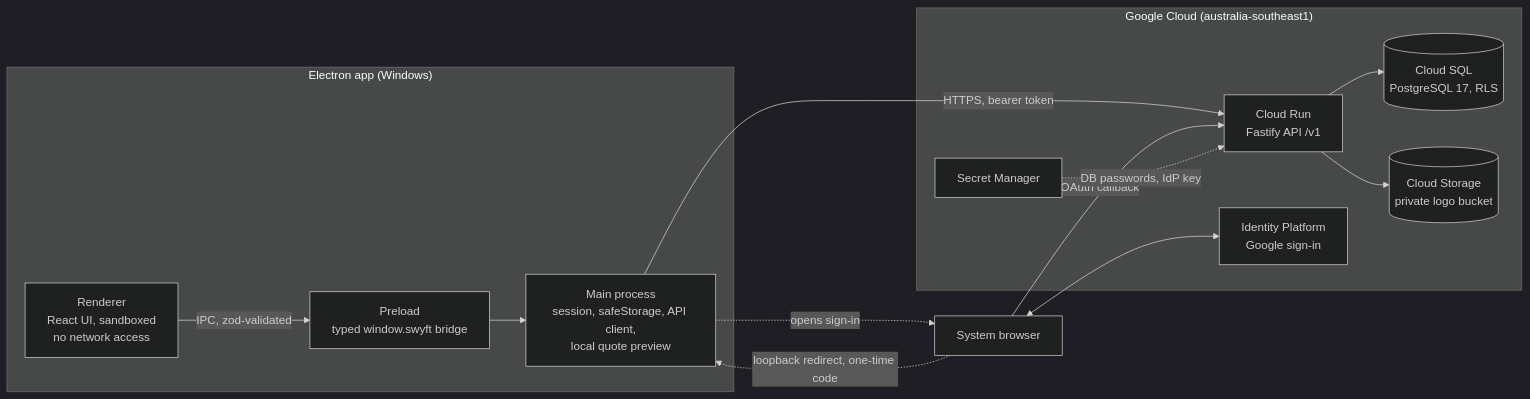
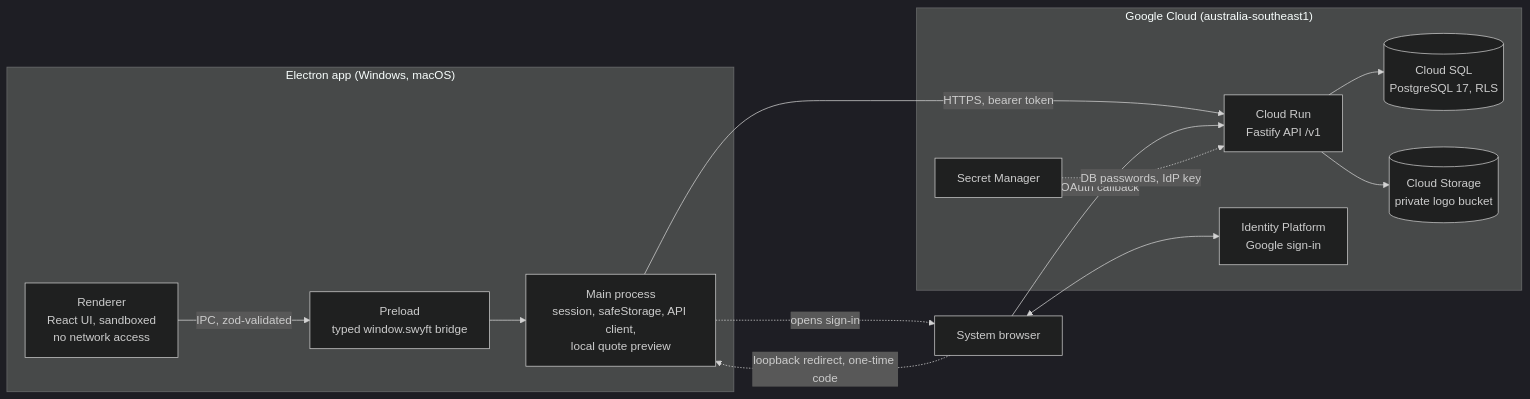
One commit to maharudraabhishek/swyft-loan-calculator changed the first of 3 diagrams in README.md. Above: the diagram before and after it, drawn with Mermaid (dark theme). The commit also changed other lines of this file and 4 other files, not shown here.

````diff
--- a/README.md
+++ b/README.md
@@ -11,25 +11,25 @@
 ```mermaid
 flowchart LR
-  subgraph Desktop["Electron app (Windows)"]
+  subgraph Desktop["Electron app (Windows, macOS)"]
     R["Renderer<br/>React UI, sandboxed<br/>no network access"]
     P["Preload<br/>typed window.swyft bridge"]
     M["Main process<br/>session, safeStorage, API client,<br/>local quote preview"]
     R -- "IPC, zod-validated" --> P --> M
   end
   B["System browser"]
   subgraph GCP["Google Cloud (australia-southeast1)"]
     API["Cloud Run<br/>Fastify API /v1"]
     SQL[("Cloud SQL<br/>PostgreSQL 17, RLS")]
     GCS[("Cloud Storage<br/>private logo bucket")]
     IDP["Identity Platform<br/>Google sign-in"]
     SM["Secret Manager"]
   end
   M -- "HTTPS, bearer token" --> API
   M -. "opens sign-in" .-> B
   B <--> IDP
   B -- "OAuth callback" --> API
   B -. "loopback redirect, one-time code" .-> M
   API --> SQL
   API --> GCS
   SM -. "DB passwords, IdP key" .-> API
 ```
````
